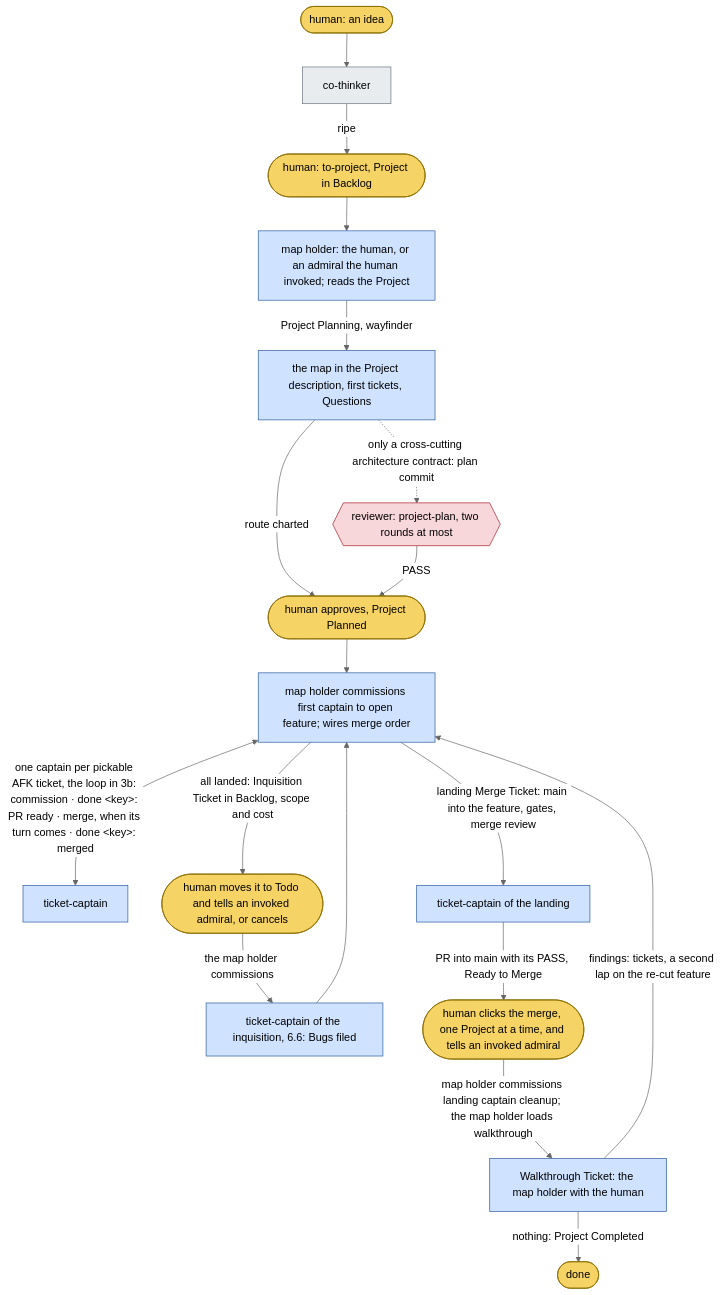
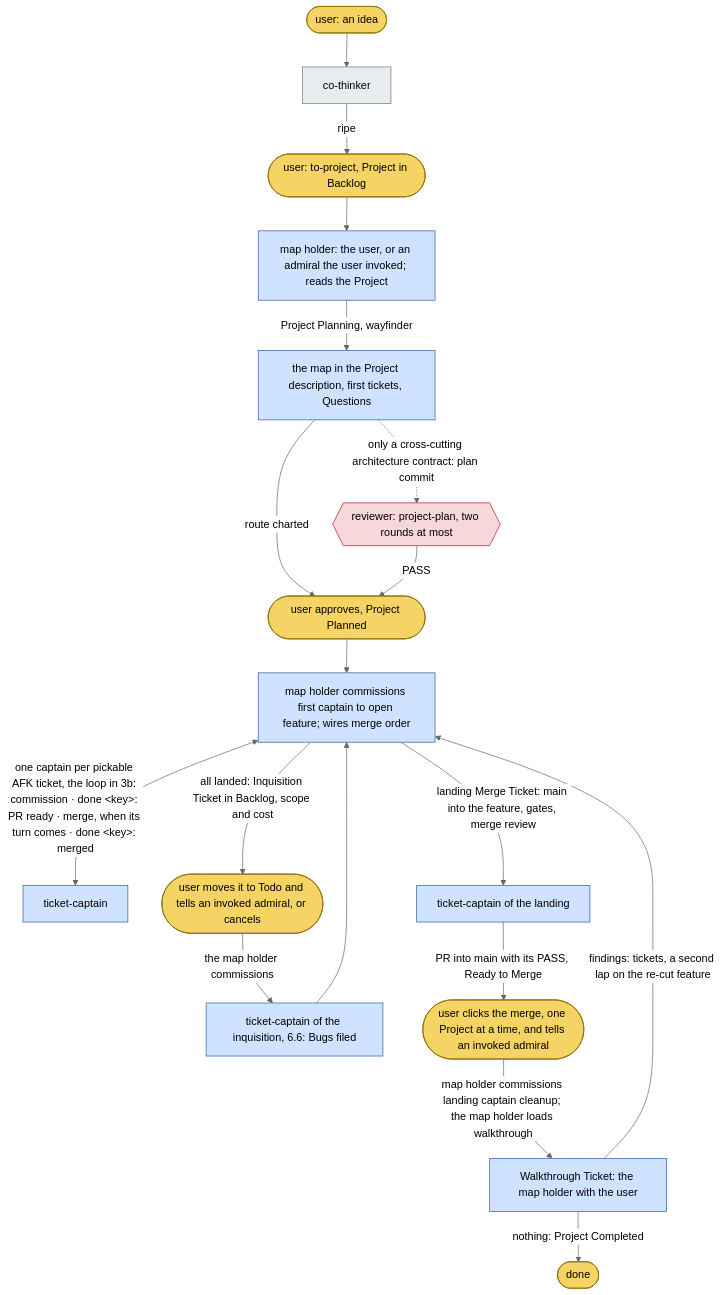
Before and after one commit to bodnarbalazs/dydo: the first of 12 diagrams in dydo/understand/control-flow.md, drawn with Mermaid (neutral theme). The commit also changed other lines of this file and 4 other files, not shown here.

````diff
--- a/dydo/understand/control-flow.md
+++ b/dydo/understand/control-flow.md
@@ -124,26 +124,26 @@
 ```mermaid
 flowchart TD
-  classDef human fill:#f6d365,stroke:#8a6d00,color:#000
+  classDef user fill:#f6d365,stroke:#8a6d00,color:#000
   classDef session fill:#e9ecef,stroke:#6c757d,color:#000
   classDef officer fill:#cfe2ff,stroke:#2c5aa0,color:#000
   classDef crew fill:#d4edda,stroke:#2e7d32,color:#000
   classDef reviewer fill:#f8d7da,stroke:#a71d2a,color:#000
 
-  H0([human: an idea]):::human --> CT[co-thinker]:::session
-  CT -->|ripe| TP([human: to-project, Project in Backlog]):::human
-  TP --> AD[map holder: the human, or an admiral the human invoked; reads the Project]:::officer
+  H0([user: an idea]):::user --> CT[co-thinker]:::session
+  CT -->|ripe| TP([user: to-project, Project in Backlog]):::user
+  TP --> AD[map holder: the user, or an admiral the user invoked; reads the Project]:::officer
   AD -->|Project Planning, wayfinder| MAP[the map in the Project description, first tickets, Questions]:::officer
   MAP -.->|only a cross-cutting architecture contract: plan commit| RP{{reviewer: project-plan, two rounds at most}}:::reviewer
-  MAP -->|route charted| H1([human approves, Project Planned]):::human
+  MAP -->|route charted| H1([user approves, Project Planned]):::user
   RP -->|PASS| H1
   H1 --> OP[map holder commissions first captain to open feature; wires merge order]:::officer
   OP <-->|"one captain per pickable AFK ticket, the loop in 3b: commission · done &lt;key&gt;: PR ready · merge, when its turn comes · done &lt;key&gt;: merged"| IC[ticket-captain]:::officer
-  OP -->|all landed: Inquisition Ticket in Backlog, scope and cost| H2([human moves it to Todo and tells an invoked admiral, or cancels]):::human
+  OP -->|all landed: Inquisition Ticket in Backlog, scope and cost| H2([user moves it to Todo and tells an invoked admiral, or cancels]):::user
   H2 -->|the map holder commissions| IQ[ticket-captain of the inquisition, 6.6: Bugs filed]:::officer
   IQ --> OP
   OP -->|landing Merge Ticket: main into the feature, gates, merge review| LM[ticket-captain of the landing]:::officer
-  LM -->|PR into main with its PASS, Ready to Merge| H3([human clicks the merge, one Project at a time, and tells an invoked admiral]):::human
-  H3 -->|map holder commissions landing captain cleanup; the map holder loads walkthrough| WT[Walkthrough Ticket: the map holder with the human]:::officer
+  LM -->|PR into main with its PASS, Ready to Merge| H3([user clicks the merge, one Project at a time, and tells an invoked admiral]):::user
+  H3 -->|map holder commissions landing captain cleanup; the map holder loads walkthrough| WT[Walkthrough Ticket: the map holder with the user]:::officer
   WT -->|findings: tickets, a second lap on the re-cut feature| OP
-  WT -->|nothing: Project Completed| END([done]):::human
+  WT -->|nothing: Project Completed| END([done]):::user
 ```
````
